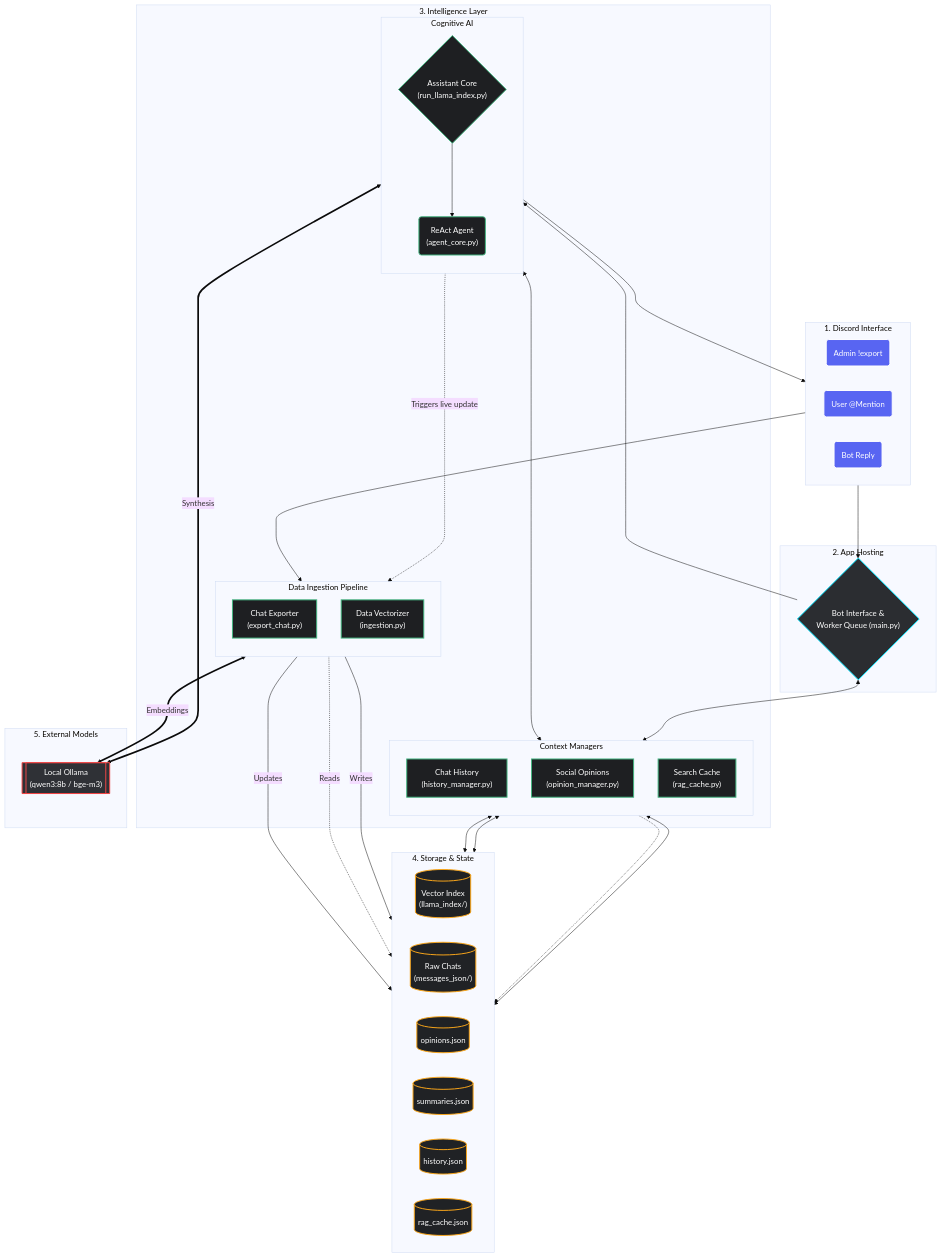
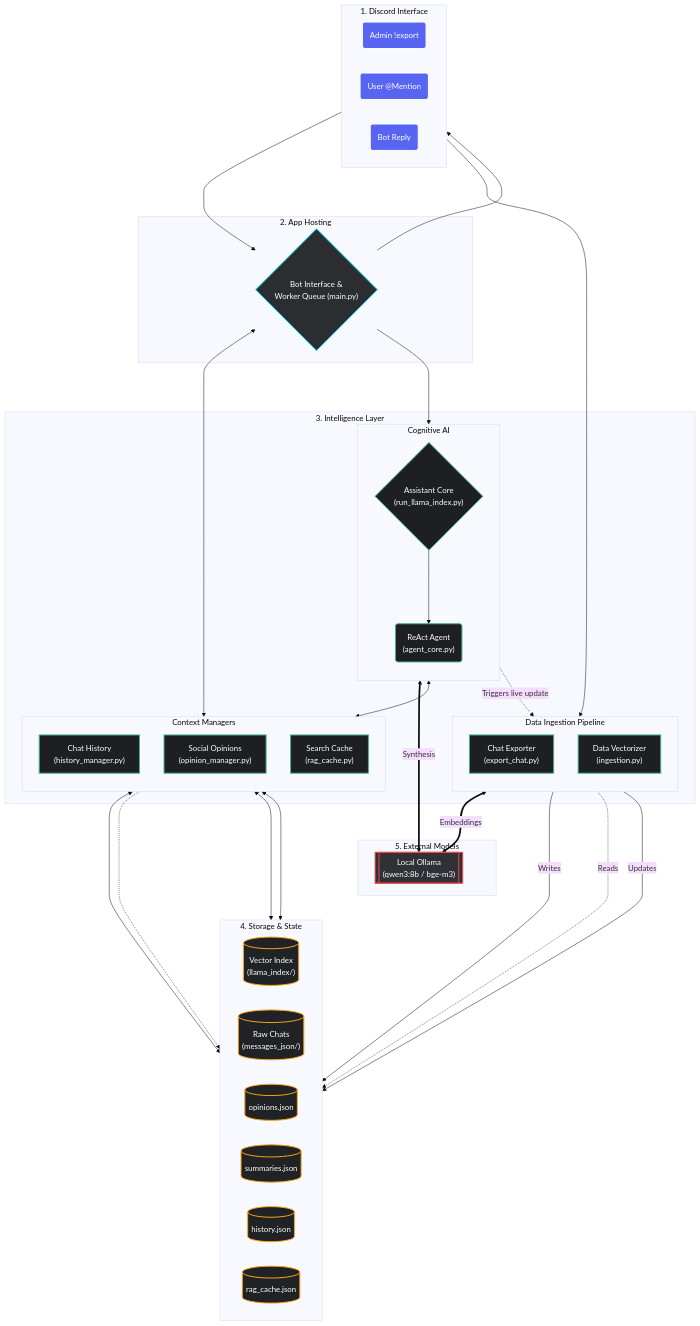
The first of 2 diagrams in architecture.md (vp-1591/discord-assistant), drawn with Mermaid (base theme) before and after one commit. The commit also changed 3 other files, not shown here.

```diff
--- a/architecture.md
+++ b/architecture.md
@@ -68,9 +68,10 @@
     %% --- Connection Flow ---
 
     D_MSG ---> MAIN
+    %% Main Dialog Flow
     MAIN <--> Context
     MAIN ---> RAG_A
-    RAG_A ---> D_REPLY
+    MAIN ---> D_REPLY
 
     D_EXPORT ---> EXPORT_FN
     EXPORT_FN --->|Writes| JSON_FILES
```
